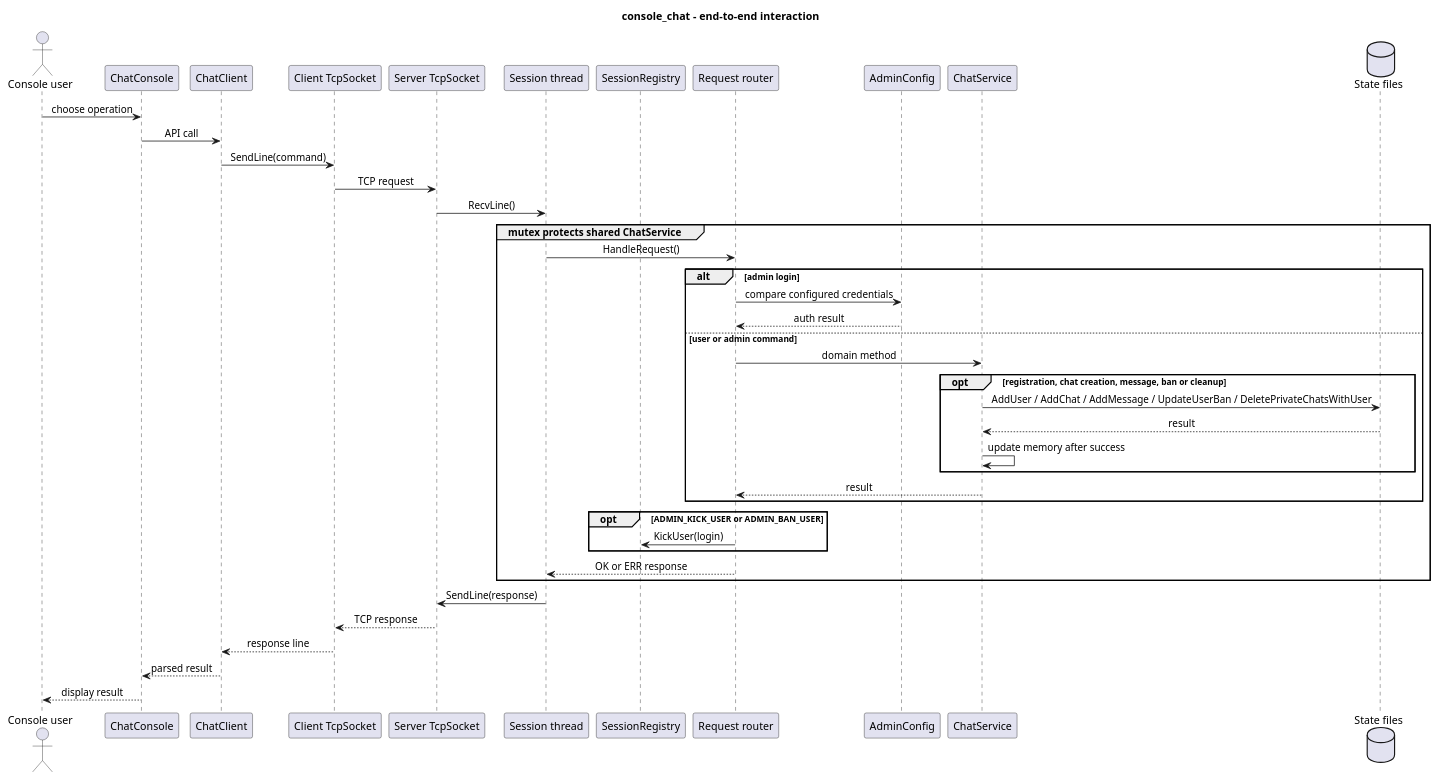
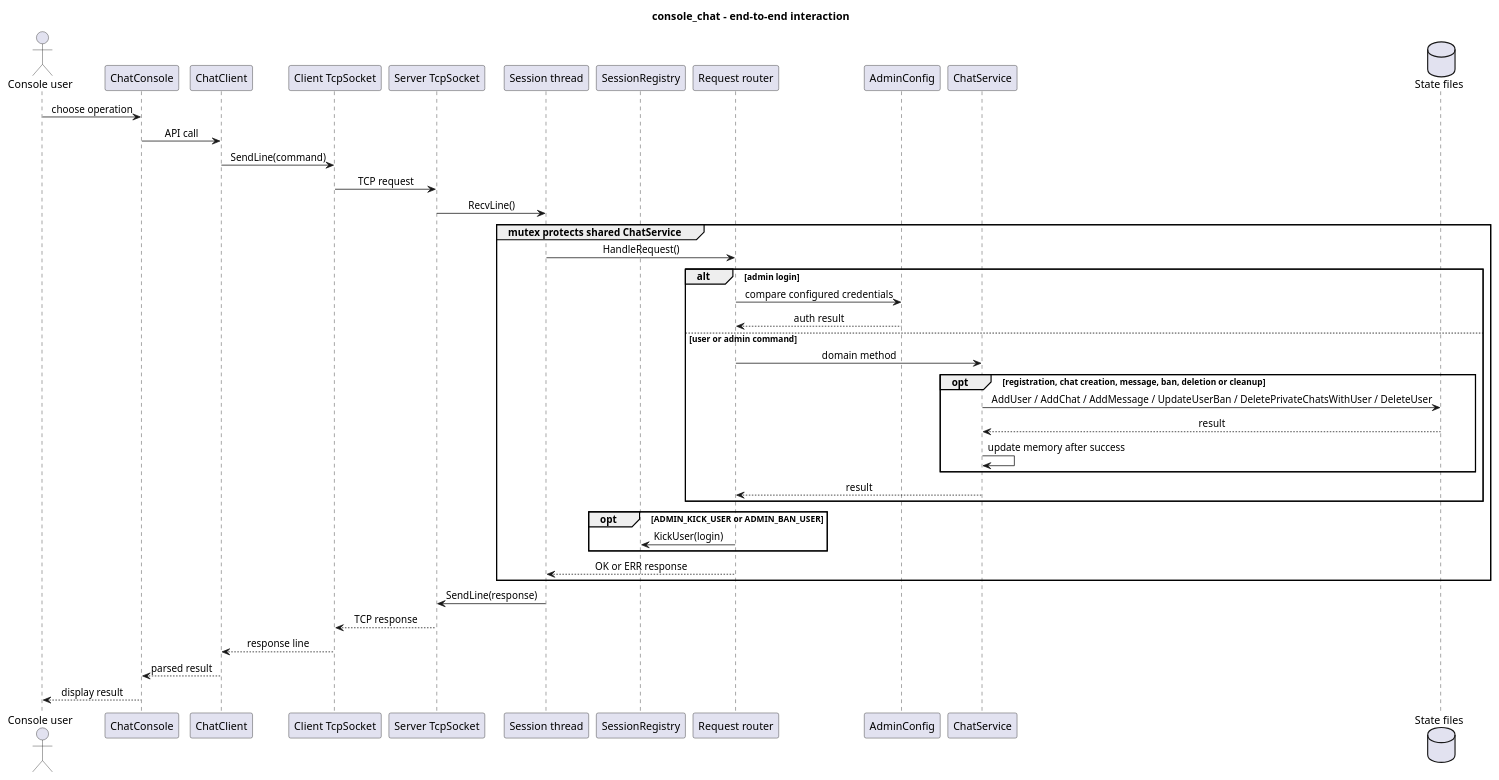
Before and after one commit to SAleksandraVGIT/console_chat: the second of 2 diagrams in doc/components.puml, drawn with PlantUML. The commit also changed other lines of this file and 21 other files, not shown here.

Commit message:
feat(client and admin): Add account deletion and forever-ban cleanup

```diff
--- a/doc/components.puml
+++ b/doc/components.puml
@@ -106,56 +106,56 @@
 @startuml console_chat_end_to_end
 title console_chat - end-to-end interaction
 
 skinparam shadowing false
 skinparam sequenceMessageAlign center
 skinparam wrapWidth 220
 
 actor "Console user" as User
 participant "ChatConsole" as Console
 participant "ChatClient" as Client
 participant "Client TcpSocket" as ClientSocket
 participant "Server TcpSocket" as ServerSocket
 participant "Session thread" as Session
 participant "SessionRegistry" as Registry
 participant "Request router" as Router
 participant "AdminConfig" as AdminConfig
 participant "ChatService" as Service
 database "State files" as State
 
 User -> Console : choose operation
 Console -> Client : API call
 Client -> ClientSocket : SendLine(command)
 ClientSocket -> ServerSocket : TCP request
 ServerSocket -> Session : RecvLine()
 
 group mutex protects shared ChatService
   Session -> Router : HandleRequest()
   alt admin login
     Router -> AdminConfig : compare configured credentials
     AdminConfig --> Router : auth result
   else user or admin command
     Router -> Service : domain method
 
-    opt registration, chat creation, message, ban or cleanup
-      Service -> State : AddUser / AddChat / AddMessage / UpdateUserBan / DeletePrivateChatsWithUser
+    opt registration, chat creation, message, ban, deletion or cleanup
+      Service -> State : AddUser / AddChat / AddMessage / UpdateUserBan / DeletePrivateChatsWithUser / DeleteUser
       State --> Service : result
       Service -> Service : update memory after success
     end
 
     Service --> Router : result
   end
 
   opt ADMIN_KICK_USER or ADMIN_BAN_USER
     Router -> Registry : KickUser(login)
   end
 
   Router --> Session : OK or ERR response
 end
 
 Session -> ServerSocket : SendLine(response)
 ServerSocket --> ClientSocket : TCP response
 ClientSocket --> Client : response line
 Client --> Console : parsed result
 Console --> User : display result
 
 @enduml
```
